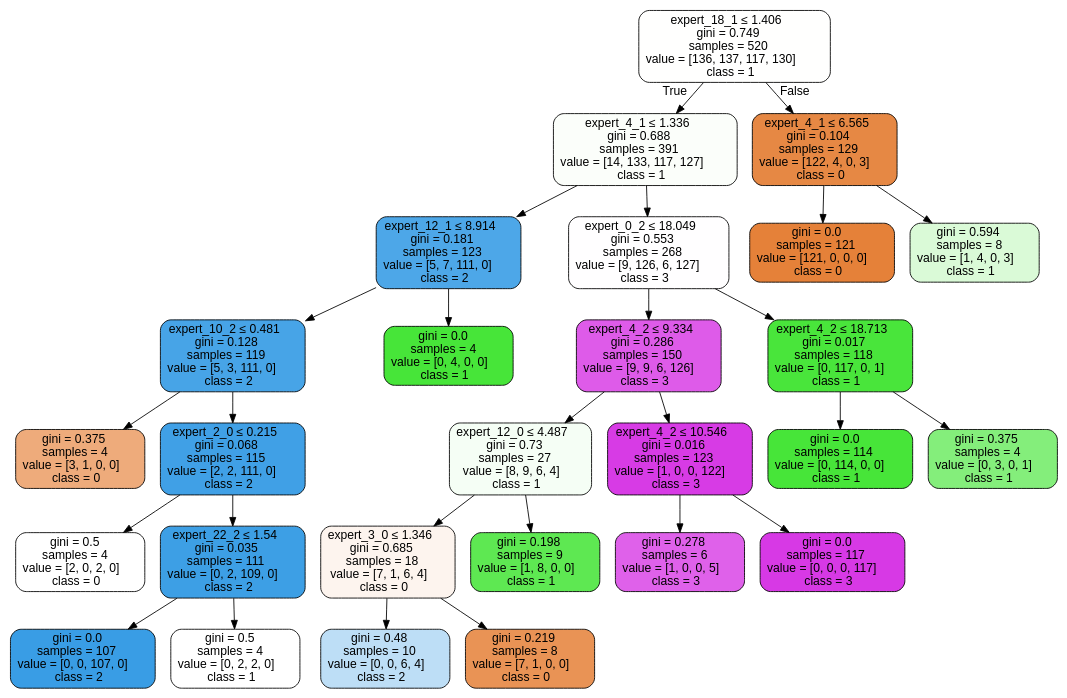
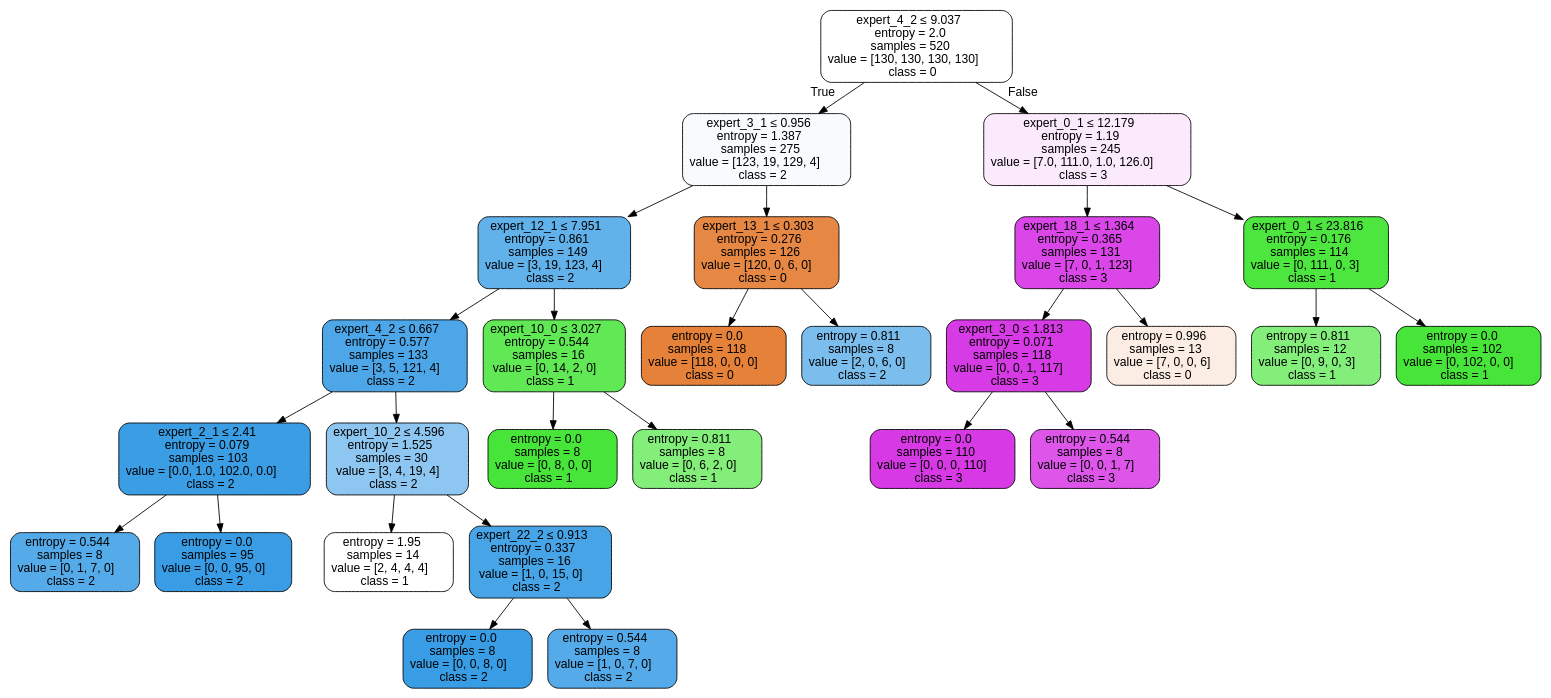
Before and after one commit to Lingfeng555/CardsRecognition: the diagram in result/suit/trees/tree.dot, drawn with Graphviz. The commit also changed 31 other files, not shown here.

```diff
--- a/result/suit/trees/tree.dot
+++ b/result/suit/trees/tree.dot
@@ -1,57 +1,57 @@
 digraph Tree {
 node [shape=box, style="filled, rounded", color="black", fontname="helvetica"] ;
 edge [fontname="helvetica"] ;
-0 [label=<expert_18_1 &le; 1.406<br/>gini = 0.749<br/>samples = 520<br/>value = [136, 137, 117, 130]<br/>class = 1>, fillcolor="#fffffe"] ;
-1 [label=<expert_4_1 &le; 1.336<br/>gini = 0.688<br/>samples = 391<br/>value = [14, 133, 117, 127]<br/>class = 1>, fillcolor="#fbfefa"] ;
+0 [label=<expert_4_2 &le; 9.037<br/>entropy = 2.0<br/>samples = 520<br/>value = [130, 130, 130, 130]<br/>class = 0>, fillcolor="#ffffff"] ;
+1 [label=<expert_3_1 &le; 0.956<br/>entropy = 1.387<br/>samples = 275<br/>value = [123, 19, 129, 4]<br/>class = 2>, fillcolor="#f7fbfe"] ;
 0 -> 1 [labeldistance=2.5, labelangle=45, headlabel="True"] ;
-2 [label=<expert_12_1 &le; 8.914<br/>gini = 0.181<br/>samples = 123<br/>value = [5, 7, 111, 0]<br/>class = 2>, fillcolor="#4da7e8"] ;
+2 [label=<expert_12_1 &le; 7.951<br/>entropy = 0.861<br/>samples = 149<br/>value = [3, 19, 123, 4]<br/>class = 2>, fillcolor="#61b1ea"] ;
 1 -> 2 ;
-3 [label=<expert_10_2 &le; 0.481<br/>gini = 0.128<br/>samples = 119<br/>value = [5, 3, 111, 0]<br/>class = 2>, fillcolor="#47a4e7"] ;
+3 [label=<expert_4_2 &le; 0.667<br/>entropy = 0.577<br/>samples = 133<br/>value = [3, 5, 121, 4]<br/>class = 2>, fillcolor="#4ca6e7"] ;
 2 -> 3 ;
-4 [label=<gini = 0.375<br/>samples = 4<br/>value = [3, 1, 0, 0]<br/>class = 0>, fillcolor="#eeab7b"] ;
+4 [label=<expert_2_1 &le; 2.41<br/>entropy = 0.079<br/>samples = 103<br/>value = [0.0, 1.0, 102.0, 0.0]<br/>class = 2>, fillcolor="#3b9ee5"] ;
 3 -> 4 ;
-5 [label=<expert_2_0 &le; 0.215<br/>gini = 0.068<br/>samples = 115<br/>value = [2, 2, 111, 0]<br/>class = 2>, fillcolor="#40a0e6"] ;
-3 -> 5 ;
-6 [label=<gini = 0.5<br/>samples = 4<br/>value = [2, 0, 2, 0]<br/>class = 0>, fillcolor="#ffffff"] ;
-5 -> 6 ;
-7 [label=<expert_22_2 &le; 1.54<br/>gini = 0.035<br/>samples = 111<br/>value = [0, 2, 109, 0]<br/>class = 2>, fillcolor="#3d9fe5"] ;
-5 -> 7 ;
-8 [label=<gini = 0.0<br/>samples = 107<br/>value = [0, 0, 107, 0]<br/>class = 2>, fillcolor="#399de5"] ;
+5 [label=<entropy = 0.544<br/>samples = 8<br/>value = [0, 1, 7, 0]<br/>class = 2>, fillcolor="#55abe9"] ;
+4 -> 5 ;
+6 [label=<entropy = 0.0<br/>samples = 95<br/>value = [0, 0, 95, 0]<br/>class = 2>, fillcolor="#399de5"] ;
+4 -> 6 ;
+7 [label=<expert_10_2 &le; 4.596<br/>entropy = 1.525<br/>samples = 30<br/>value = [3, 4, 19, 4]<br/>class = 2>, fillcolor="#8dc6f0"] ;
+3 -> 7 ;
+8 [label=<entropy = 1.95<br/>samples = 14<br/>value = [2, 4, 4, 4]<br/>class = 1>, fillcolor="#ffffff"] ;
 7 -> 8 ;
-9 [label=<gini = 0.5<br/>samples = 4<br/>value = [0, 2, 2, 0]<br/>class = 1>, fillcolor="#ffffff"] ;
+9 [label=<expert_22_2 &le; 0.913<br/>entropy = 0.337<br/>samples = 16<br/>value = [1, 0, 15, 0]<br/>class = 2>, fillcolor="#46a4e7"] ;
 7 -> 9 ;
-10 [label=<gini = 0.0<br/>samples = 4<br/>value = [0, 4, 0, 0]<br/>class = 1>, fillcolor="#47e539"] ;
-2 -> 10 ;
-11 [label=<expert_0_2 &le; 18.049<br/>gini = 0.553<br/>samples = 268<br/>value = [9, 126, 6, 127]<br/>class = 3>, fillcolor="#fffeff"] ;
-1 -> 11 ;
-12 [label=<expert_4_2 &le; 9.334<br/>gini = 0.286<br/>samples = 150<br/>value = [9, 9, 6, 126]<br/>class = 3>, fillcolor="#de5be9"] ;
-11 -> 12 ;
-13 [label=<expert_12_0 &le; 4.487<br/>gini = 0.73<br/>samples = 27<br/>value = [8, 9, 6, 4]<br/>class = 1>, fillcolor="#f5fef5"] ;
+10 [label=<entropy = 0.0<br/>samples = 8<br/>value = [0, 0, 8, 0]<br/>class = 2>, fillcolor="#399de5"] ;
+9 -> 10 ;
+11 [label=<entropy = 0.544<br/>samples = 8<br/>value = [1, 0, 7, 0]<br/>class = 2>, fillcolor="#55abe9"] ;
+9 -> 11 ;
+12 [label=<expert_10_0 &le; 3.027<br/>entropy = 0.544<br/>samples = 16<br/>value = [0, 14, 2, 0]<br/>class = 1>, fillcolor="#61e955"] ;
+2 -> 12 ;
+13 [label=<entropy = 0.0<br/>samples = 8<br/>value = [0, 8, 0, 0]<br/>class = 1>, fillcolor="#47e539"] ;
 12 -> 13 ;
-14 [label=<expert_3_0 &le; 1.346<br/>gini = 0.685<br/>samples = 18<br/>value = [7, 1, 6, 4]<br/>class = 0>, fillcolor="#fdf4ee"] ;
-13 -> 14 ;
-15 [label=<gini = 0.48<br/>samples = 10<br/>value = [0, 0, 6, 4]<br/>class = 2>, fillcolor="#bddef6"] ;
-14 -> 15 ;
-16 [label=<gini = 0.219<br/>samples = 8<br/>value = [7, 1, 0, 0]<br/>class = 0>, fillcolor="#e99355"] ;
-14 -> 16 ;
-17 [label=<gini = 0.198<br/>samples = 9<br/>value = [1, 8, 0, 0]<br/>class = 1>, fillcolor="#5ee852"] ;
-13 -> 17 ;
-18 [label=<expert_4_2 &le; 10.546<br/>gini = 0.016<br/>samples = 123<br/>value = [1, 0, 0, 122]<br/>class = 3>, fillcolor="#d73be5"] ;
-12 -> 18 ;
-19 [label=<gini = 0.278<br/>samples = 6<br/>value = [1, 0, 0, 5]<br/>class = 3>, fillcolor="#df61ea"] ;
+14 [label=<entropy = 0.811<br/>samples = 8<br/>value = [0, 6, 2, 0]<br/>class = 1>, fillcolor="#84ee7b"] ;
+12 -> 14 ;
+15 [label=<expert_13_1 &le; 0.303<br/>entropy = 0.276<br/>samples = 126<br/>value = [120, 0, 6, 0]<br/>class = 0>, fillcolor="#e68743"] ;
+1 -> 15 ;
+16 [label=<entropy = 0.0<br/>samples = 118<br/>value = [118, 0, 0, 0]<br/>class = 0>, fillcolor="#e58139"] ;
+15 -> 16 ;
+17 [label=<entropy = 0.811<br/>samples = 8<br/>value = [2, 0, 6, 0]<br/>class = 2>, fillcolor="#7bbeee"] ;
+15 -> 17 ;
+18 [label=<expert_0_1 &le; 12.179<br/>entropy = 1.19<br/>samples = 245<br/>value = [7.0, 111.0, 1.0, 126.0]<br/>class = 3>, fillcolor="#fbe9fc"] ;
+0 -> 18 [labeldistance=2.5, labelangle=-45, headlabel="False"] ;
+19 [label=<expert_18_1 &le; 1.364<br/>entropy = 0.365<br/>samples = 131<br/>value = [7, 0, 1, 123]<br/>class = 3>, fillcolor="#da46e7"] ;
 18 -> 19 ;
-20 [label=<gini = 0.0<br/>samples = 117<br/>value = [0, 0, 0, 117]<br/>class = 3>, fillcolor="#d739e5"] ;
-18 -> 20 ;
-21 [label=<expert_4_2 &le; 18.713<br/>gini = 0.017<br/>samples = 118<br/>value = [0, 117, 0, 1]<br/>class = 1>, fillcolor="#49e53b"] ;
-11 -> 21 ;
-22 [label=<gini = 0.0<br/>samples = 114<br/>value = [0, 114, 0, 0]<br/>class = 1>, fillcolor="#47e539"] ;
-21 -> 22 ;
-23 [label=<gini = 0.375<br/>samples = 4<br/>value = [0, 3, 0, 1]<br/>class = 1>, fillcolor="#84ee7b"] ;
-21 -> 23 ;
-24 [label=<expert_4_1 &le; 6.565<br/>gini = 0.104<br/>samples = 129<br/>value = [122, 4, 0, 3]<br/>class = 0>, fillcolor="#e68844"] ;
-0 -> 24 [labeldistance=2.5, labelangle=-45, headlabel="False"] ;
-25 [label=<gini = 0.0<br/>samples = 121<br/>value = [121, 0, 0, 0]<br/>class = 0>, fillcolor="#e58139"] ;
+20 [label=<expert_3_0 &le; 1.813<br/>entropy = 0.071<br/>samples = 118<br/>value = [0, 0, 1, 117]<br/>class = 3>, fillcolor="#d73be5"] ;
+19 -> 20 ;
+21 [label=<entropy = 0.0<br/>samples = 110<br/>value = [0, 0, 0, 110]<br/>class = 3>, fillcolor="#d739e5"] ;
+20 -> 21 ;
+22 [label=<entropy = 0.544<br/>samples = 8<br/>value = [0, 0, 1, 7]<br/>class = 3>, fillcolor="#dd55e9"] ;
+20 -> 22 ;
+23 [label=<entropy = 0.996<br/>samples = 13<br/>value = [7, 0, 0, 6]<br/>class = 0>, fillcolor="#fbede3"] ;
+19 -> 23 ;
+24 [label=<expert_0_1 &le; 23.816<br/>entropy = 0.176<br/>samples = 114<br/>value = [0, 111, 0, 3]<br/>class = 1>, fillcolor="#4ce63e"] ;
+18 -> 24 ;
+25 [label=<entropy = 0.811<br/>samples = 12<br/>value = [0, 9, 0, 3]<br/>class = 1>, fillcolor="#84ee7b"] ;
 24 -> 25 ;
-26 [label=<gini = 0.594<br/>samples = 8<br/>value = [1, 4, 0, 3]<br/>class = 1>, fillcolor="#dafad7"] ;
+26 [label=<entropy = 0.0<br/>samples = 102<br/>value = [0, 102, 0, 0]<br/>class = 1>, fillcolor="#47e539"] ;
 24 -> 26 ;
 }
```
